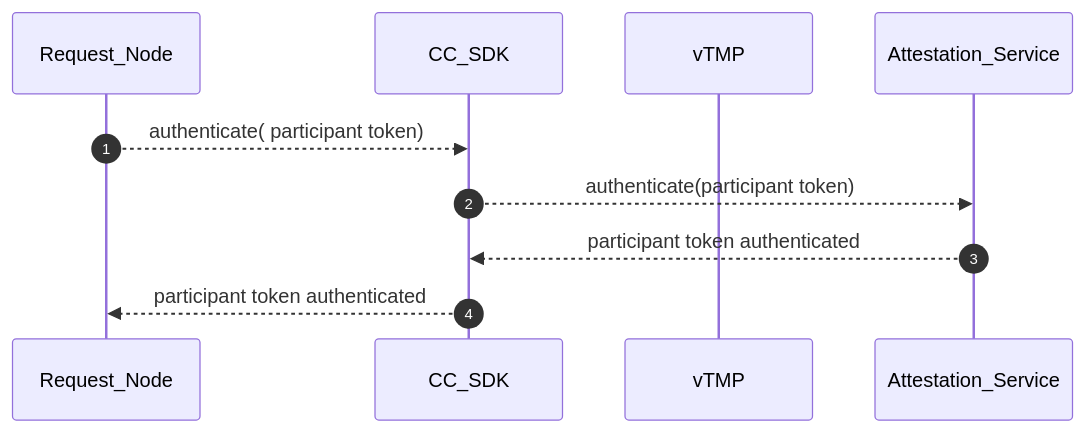
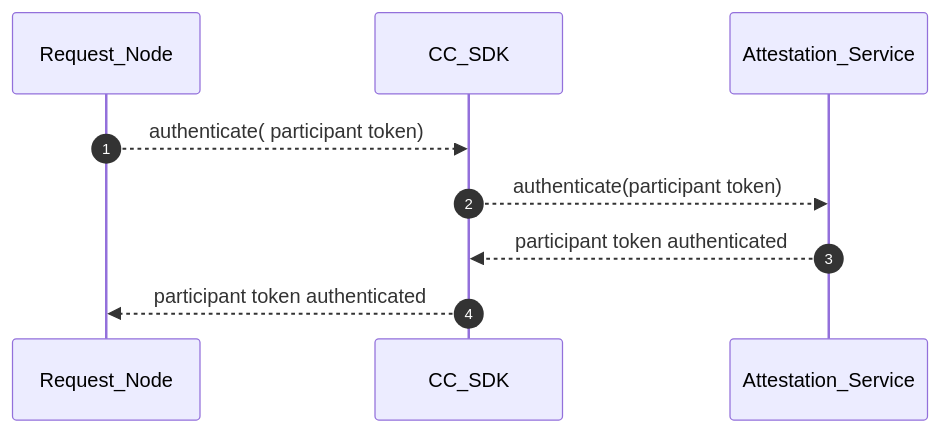
The fourth of 13 diagrams in docs/confidential_computing/detailed_cc_sequence_diagram.md (hitesh-ag1/NVFlare), drawn with Mermaid before and after one commit.

Commit message:
Sequence diagram for CC

````diff
--- a/docs/confidential_computing/detailed_cc_sequence_diagram.md
+++ b/docs/confidential_computing/detailed_cc_sequence_diagram.md
@@ -97,13 +97,12 @@
 ```mermaid
 sequenceDiagram
    autonumber
     
     participant Request_Node
     participant CC_SDK
-    participant vTMP
     participant Attestation_Service
     Request_Node -->> CC_SDK: authenticate( participant token)
     CC_SDK -->> Attestation_Service: authenticate(participant token)
     Attestation_Service -->> CC_SDK : participant token authenticated
     CC_SDK -->> Request_Node : participant token authenticated
 ```
````
